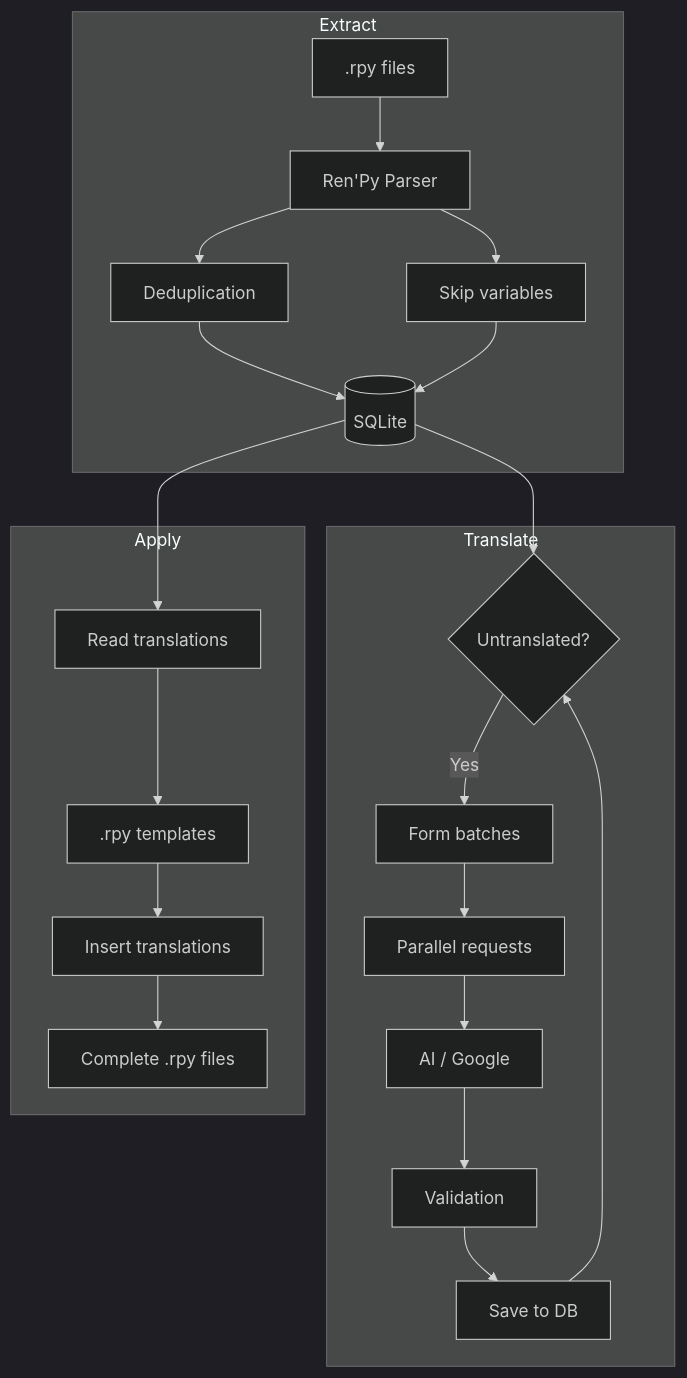
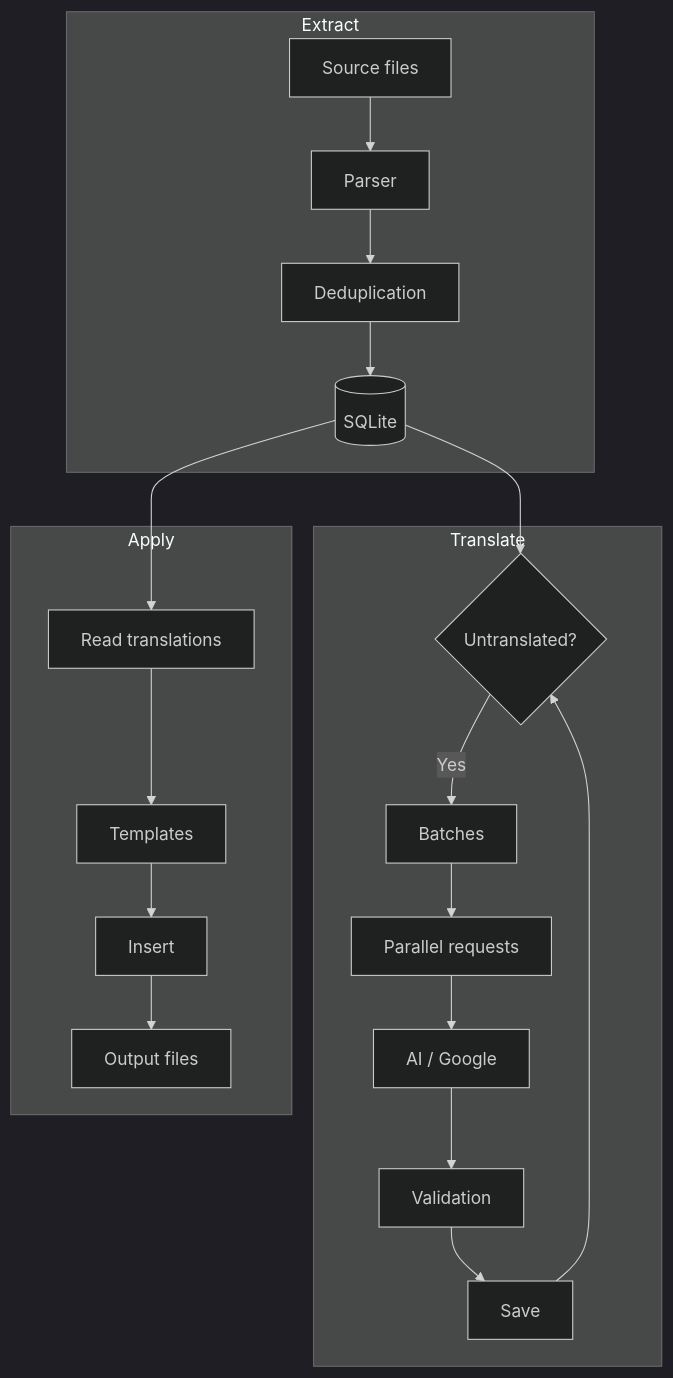
The second of 2 diagrams in README.md (limloop/latte), drawn with Mermaid (dark theme) before and after one commit. The commit also changed other lines of this file and 2 other files, not shown here.

````diff
--- a/README.md
+++ b/README.md
@@ -292,27 +416,25 @@
 ```mermaid
 flowchart TD
     subgraph Extract
-        A[.rpy files] --> B[Ren'Py Parser]
+        A[Source files] --> B[Parser]
         B --> C[Deduplication]
-        B --> D[Skip variables]
-        C --> E[(SQLite)]
-        D --> E
+        C --> D[(SQLite)]
     end
     
     subgraph Translate
-        E --> F{Untranslated?}
-        F -->|Yes| G[Form batches]
-        G --> H[Parallel requests]
-        H --> I[AI / Google]
-        I --> J[Validation]
-        J --> K[Save to DB]
-        K --> F
+        D --> E{Untranslated?}
+        E -->|Yes| F[Batches]
+        F --> G[Parallel requests]
+        G --> H[AI / Google]
+        H --> I[Validation]
+        I --> J[Save]
+        J --> E
     end
     
     subgraph Apply
-        E --> L[Read translations]
-        L --> M[.rpy templates]
-        M --> N[Insert translations]
-        N --> O[Complete .rpy files]
+        D --> K[Read translations]
+        K --> L[Templates]
+        L --> M[Insert]
+        M --> N[Output files]
     end
 ```
````
